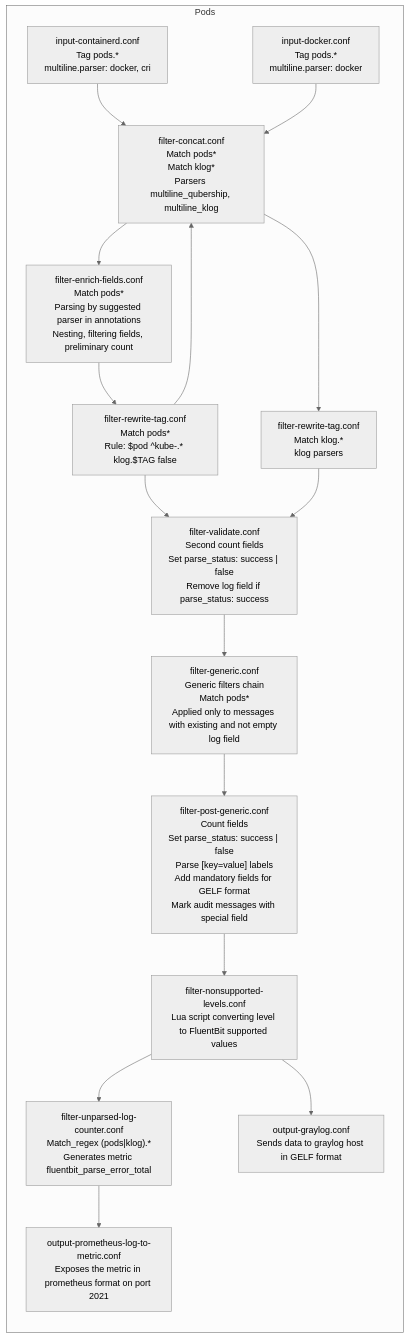
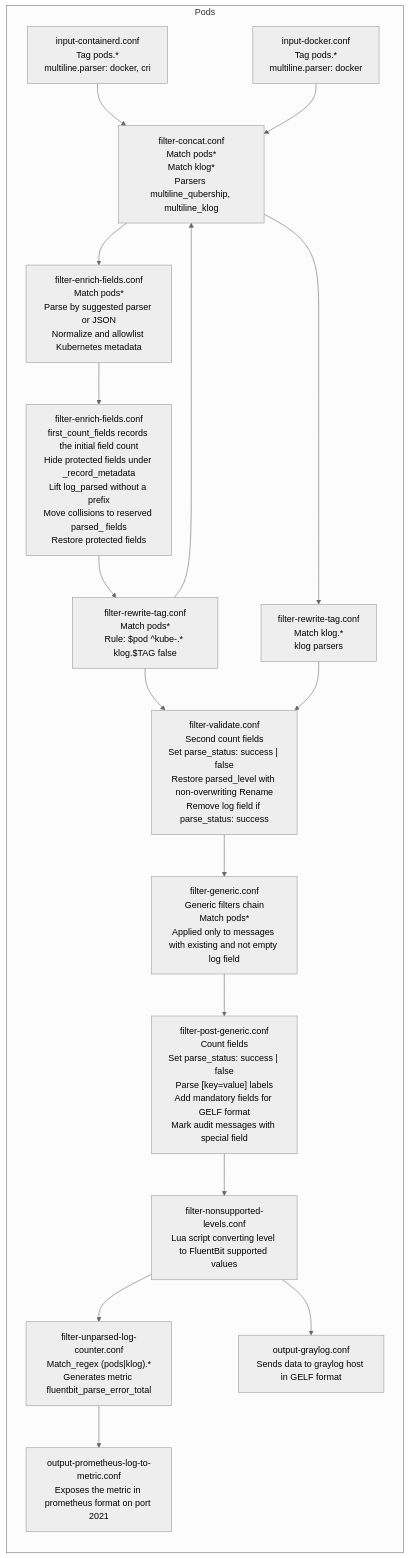
The diagram in docs/fluentbit-log-pipeline.md (Netcracker/qubership-logging-operator), drawn with Mermaid (neutral theme) before and after one commit. The commit also changed other lines of this file and 76 other files, not shown here.

````diff
--- a/docs/fluentbit-log-pipeline.md
+++ b/docs/fluentbit-log-pipeline.md
@@ -68,21 +68,22 @@
 ```mermaid
 flowchart LR
     subgraph Pods
         IC["input-containerd.conf<br/>Tag pods.*<br/>multiline.parser: docker, cri" ] --> FC
         ID["input-docker.conf<br/>Tag pods.*<br/>multiline.parser: docker"] --> FC
         FC["filter-concat.conf<br/>Match pods*<br/>Match klog*<br/>Parsers multiline_qubership, multiline_klog"] --> FK
         FC["filter-concat.conf<br/>Match pods*<br/>Match klog*<br/>Parsers multiline_qubership, multiline_klog"] --> FRTP
-        FK["filter-enrich-fields.conf<br/>Match pods*<br/>Parsing by suggested parser in annotations<br/>Nesting, filtering fields, preliminary count"] --> FRT
+        FK["filter-enrich-fields.conf<br/>Match pods*<br/>Parse by suggested parser or JSON<br/>Normalize and allowlist Kubernetes metadata"] --> FPC
+        FPC["filter-enrich-fields.conf<br/>first_count_fields records the initial field count<br/>Hide protected fields under _record_metadata<br/>Lift log_parsed without a prefix<br/>Move collisions to reserved parsed_ fields<br/>Restore protected fields"] --> FRT
         FRT["filter-rewrite-tag.conf<br/>Match pods*<br/>Rule: $pod ^kube-.* klog.$TAG false"] --> FC
         FRT["filter-rewrite-tag.conf<br/>Match pods*<br/>Rule: $pod ^kube-.* klog.$TAG false"] --> FVALID
         FRTP["filter-rewrite-tag.conf<br/>Match klog.*<br/>klog parsers"] --> FVALID
-        FVALID["filter-validate.conf<br/>Second count fields<br/>Set parse_status: success | false<br/>Remove log field if parse_status: success"] --> FGEN
+        FVALID["filter-validate.conf<br/>Second count fields<br/>Set parse_status: success | false<br/>Restore parsed_level with non-overwriting Rename<br/>Remove log field if parse_status: success"] --> FGEN
         FGEN["filter-generic.conf<br/>Generic filters chain<br/>Match pods*<br/>Applied only to messages with existing and not empty log field"] --> FPGEN
         FPGEN["filter-post-generic.conf<br/>Count fields<br/>Set parse_status: success | false<br/>Parse [key=value] labels<br/>Add mandatory fields for GELF format<br/>Mark audit messages with special field"] --> FNL
         FNL["filter-nonsupported-levels.conf<br/>Lua script converting level to FluentBit supported values"] --> FULC
         FNL["filter-nonsupported-levels.conf<br/>Lua script converting level to FluentBit supported values"] --> OGRAY
         OGRAY["output-graylog.conf<br/>Sends data to graylog host in GELF format"]
         FULC["filter-unparsed-log-counter.conf<br/>Match_regex (pods|klog).*<br/>Generates metric fluentbit_parse_error_total"] --> OPLTM
         OPLTM["output-prometheus-log-to-metric.conf</br>Exposes the metric in prometheus format on port 2021"]
     end
 ```
````
